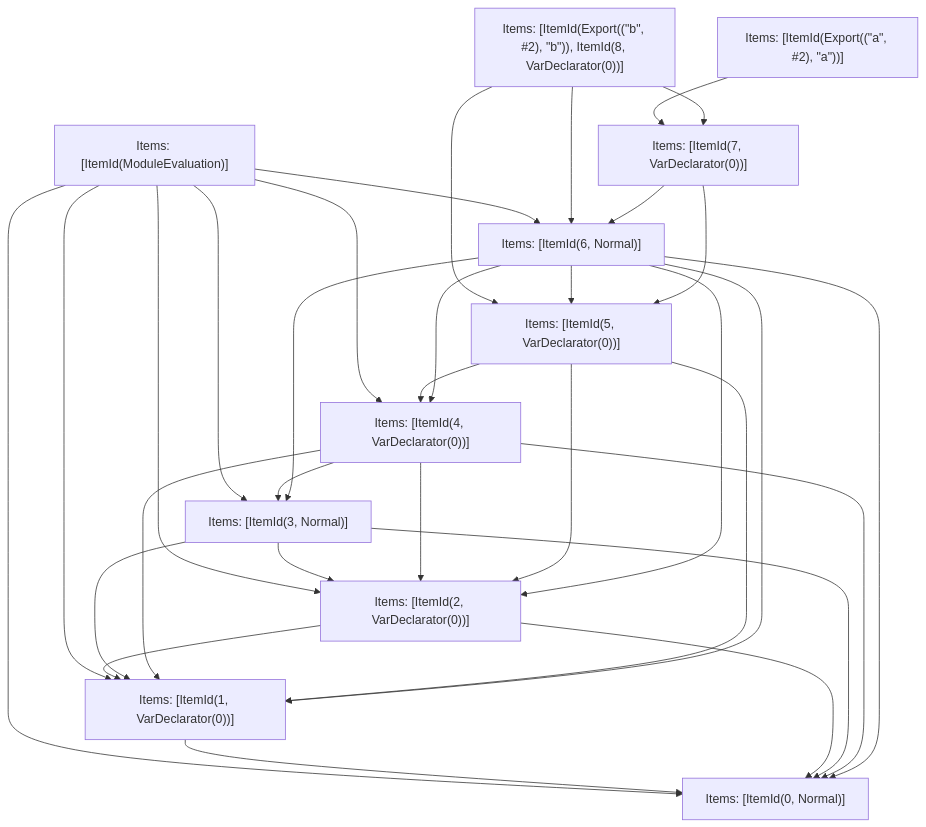
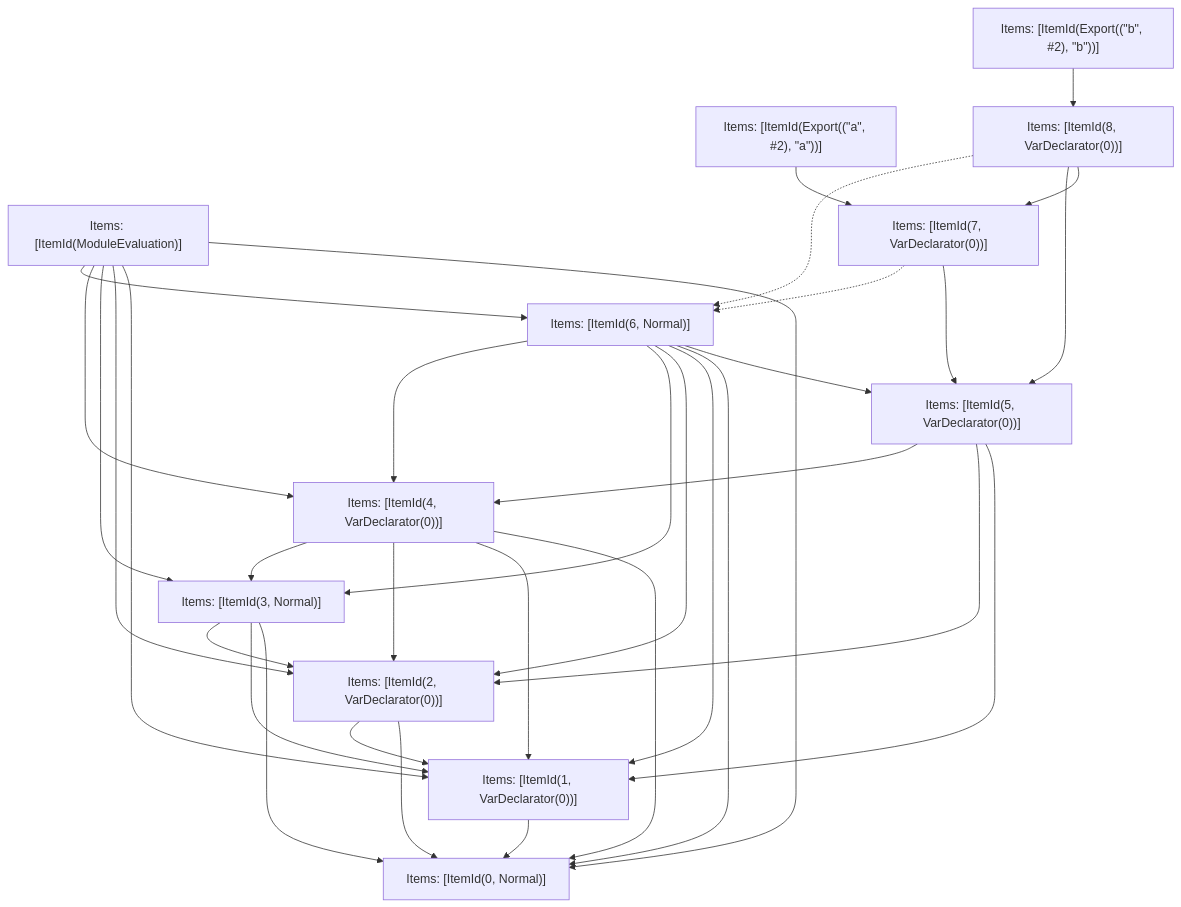
Before and after one commit to vercel/turborepo: the fifth of 5 diagrams in crates/turbopack-ecmascript/tests/tree-shaker/analyzer/shared-and-side-effects/output.md, drawn with Mermaid. The commit also changed other lines of this file and 72 other files, not shown here.

````diff
--- a/crates/turbopack-ecmascript/tests/tree-shaker/analyzer/shared-and-side-effects/output.md
+++ b/crates/turbopack-ecmascript/tests/tree-shaker/analyzer/shared-and-side-effects/output.md
@@ -270,45 +270,47 @@
 ```mermaid
 graph TD
-    N0["Items: [ItemId(ModuleEvaluation)]"];
-    N1["Items: [ItemId(Export((&quot;a&quot;, #2), &quot;a&quot;))]"];
-    N2["Items: [ItemId(Export((&quot;b&quot;, #2), &quot;b&quot;)), ItemId(8, VarDeclarator(0))]"];
-    N3["Items: [ItemId(0, Normal)]"];
-    N4["Items: [ItemId(1, VarDeclarator(0))]"];
-    N5["Items: [ItemId(2, VarDeclarator(0))]"];
-    N6["Items: [ItemId(3, Normal)]"];
-    N7["Items: [ItemId(4, VarDeclarator(0))]"];
-    N8["Items: [ItemId(5, VarDeclarator(0))]"];
-    N9["Items: [ItemId(6, Normal)]"];
-    N10["Items: [ItemId(7, VarDeclarator(0))]"];
-    N0 --> N3;
-    N0 --> N4;
-    N0 --> N5;
-    N0 --> N6;
-    N0 --> N7;
-    N0 --> N9;
-    N1 --> N10;
-    N2 --> N10;
-    N2 --> N8;
-    N2 --> N9;
+    N0["Items: [ItemId(0, Normal)]"];
+    N1["Items: [ItemId(1, VarDeclarator(0))]"];
+    N2["Items: [ItemId(2, VarDeclarator(0))]"];
+    N3["Items: [ItemId(3, Normal)]"];
+    N4["Items: [ItemId(4, VarDeclarator(0))]"];
+    N5["Items: [ItemId(5, VarDeclarator(0))]"];
+    N6["Items: [ItemId(6, Normal)]"];
+    N7["Items: [ItemId(ModuleEvaluation)]"];
+    N8["Items: [ItemId(7, VarDeclarator(0))]"];
+    N9["Items: [ItemId(Export((&quot;a&quot;, #2), &quot;a&quot;))]"];
+    N10["Items: [ItemId(8, VarDeclarator(0))]"];
+    N11["Items: [ItemId(Export((&quot;b&quot;, #2), &quot;b&quot;))]"];
+    N1 --> N0;
+    N2 --> N0;
+    N2 --> N1;
+    N3 --> N0;
+    N3 --> N1;
+    N3 --> N2;
+    N4 --> N0;
+    N4 --> N1;
+    N4 --> N2;
     N4 --> N3;
-    N5 --> N3;
+    N5 --> N1;
+    N5 --> N2;
     N5 --> N4;
+    N6 --> N5;
+    N6 --> N0;
+    N6 --> N1;
+    N6 --> N2;
     N6 --> N3;
     N6 --> N4;
-    N6 --> N5;
+    N8 --> N5;
+    N8 -.-> N6;
+    N10 --> N8;
+    N10 --> N5;
+    N10 -.-> N6;
+    N9 --> N8;
+    N11 --> N10;
+    N7 --> N0;
+    N7 --> N1;
+    N7 --> N2;
     N7 --> N3;
     N7 --> N4;
-    N7 --> N5;
     N7 --> N6;
-    N8 --> N4;
-    N8 --> N5;
-    N8 --> N7;
-    N9 --> N8;
-    N9 --> N3;
-    N9 --> N4;
-    N9 --> N5;
-    N9 --> N6;
-    N9 --> N7;
-    N10 --> N8;
-    N10 --> N9;
 ```
````
